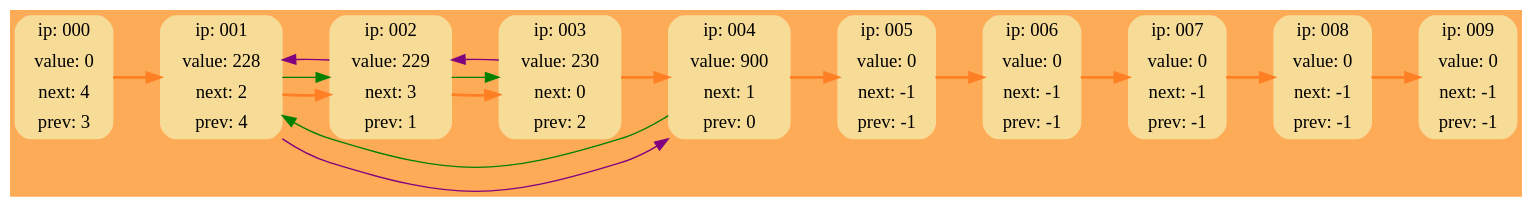
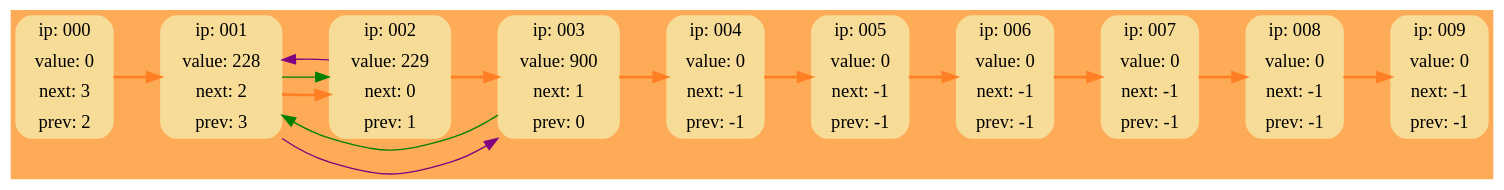
One commit to RTCupid/List changed the diagram in DumpGraph.dot. Above: the diagram before and after it, drawn with Graphviz. The commit also changed 12 other files, not shown here.

```diff
--- a/DumpGraph.dot
+++ b/DumpGraph.dot
@@ -1,32 +1,30 @@
 digraph G {
 	rankdir = LR;
 	bgcolor="#FDAB57"
-	node000 [shape=Mrecord; style=filled; color="#F7DC98"; label = " { ip: 000} | {value:   0} | {next:   4} | {prev:   3} " ];
-	node001 [shape=Mrecord; style=filled; color="#F7DC98"; label = " { ip: 001} | {value: 228} | {next:   2} | {prev:   4} " ];
-	node002 [shape=Mrecord; style=filled; color="#F7DC98"; label = " { ip: 002} | {value: 229} | {next:   3} | {prev:   1} " ];
-	node003 [shape=Mrecord; style=filled; color="#F7DC98"; label = " { ip: 003} | {value: 230} | {next:   0} | {prev:   2} " ];
-	node004 [shape=Mrecord; style=filled; color="#F7DC98"; label = " { ip: 004} | {value: 900} | {next:   1} | {prev:   0} " ];
+	node000 [shape=Mrecord; style=filled; color="#F7DC98"; label = " { ip: 000} | {value:   0} | {next:   3} | {prev:   2} " ];
+	node001 [shape=Mrecord; style=filled; color="#F7DC98"; label = " { ip: 001} | {value: 228} | {next:   2} | {prev:   3} " ];
+	node002 [shape=Mrecord; style=filled; color="#F7DC98"; label = " { ip: 002} | {value: 229} | {next:   0} | {prev:   1} " ];
+	node003 [shape=Mrecord; style=filled; color="#F7DC98"; label = " { ip: 003} | {value: 900} | {next:   1} | {prev:   0} " ];
+	node004 [shape=Mrecord; style=filled; color="#F7DC98"; label = " { ip: 004} | {value:   0} | {next:  -1} | {prev:  -1} " ];
 	node005 [shape=Mrecord; style=filled; color="#F7DC98"; label = " { ip: 005} | {value:   0} | {next:  -1} | {prev:  -1} " ];
 	node006 [shape=Mrecord; style=filled; color="#F7DC98"; label = " { ip: 006} | {value:   0} | {next:  -1} | {prev:  -1} " ];
 	node007 [shape=Mrecord; style=filled; color="#F7DC98"; label = " { ip: 007} | {value:   0} | {next:  -1} | {prev:  -1} " ];
 	node008 [shape=Mrecord; style=filled; color="#F7DC98"; label = " { ip: 008} | {value:   0} | {next:  -1} | {prev:  -1} " ];
 	node009 [shape=Mrecord; style=filled; color="#F7DC98"; label = " { ip: 009} | {value:   0} | {next:  -1} | {prev:  -1} " ];
 
 	node000 -> node001 [style=bold; weight=1000; color=chocolate1; ];
 	node001 -> node002 [style=bold; weight=1000; color=chocolate1; ];
 	node002 -> node003 [style=bold; weight=1000; color=chocolate1; ];
 	node003 -> node004 [style=bold; weight=1000; color=chocolate1; ];
 	node004 -> node005 [style=bold; weight=1000; color=chocolate1; ];
 	node005 -> node006 [style=bold; weight=1000; color=chocolate1; ];
 	node006 -> node007 [style=bold; weight=1000; color=chocolate1; ];
 	node007 -> node008 [style=bold; weight=1000; color=chocolate1; ];
 	node008 -> node009 [style=bold; weight=1000; color=chocolate1; ];
 
 	node001 -> node002 [weight=0; color=green; ];
-	node002 -> node003 [weight=0; color=green; ];
-	node004 -> node001 [weight=0; color=green; ];
+	node003 -> node001 [weight=0; color=green; ];
 
-	node003 -> node002 [weight=0; color=purple; constraint=false; ];
 	node002 -> node001 [weight=0; color=purple; constraint=false; ];
-	node001 -> node004 [weight=0; color=purple; constraint=false; ];
+	node001 -> node003 [weight=0; color=purple; constraint=false; ];
 }
```
